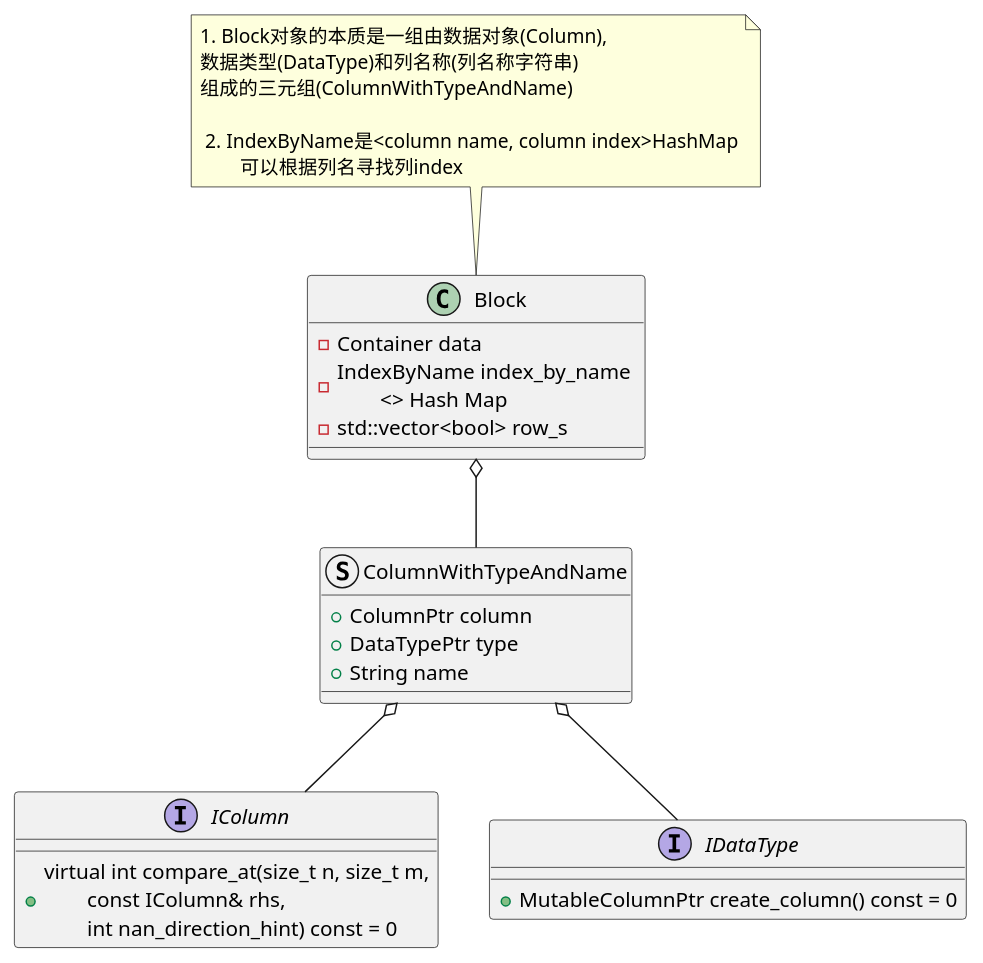
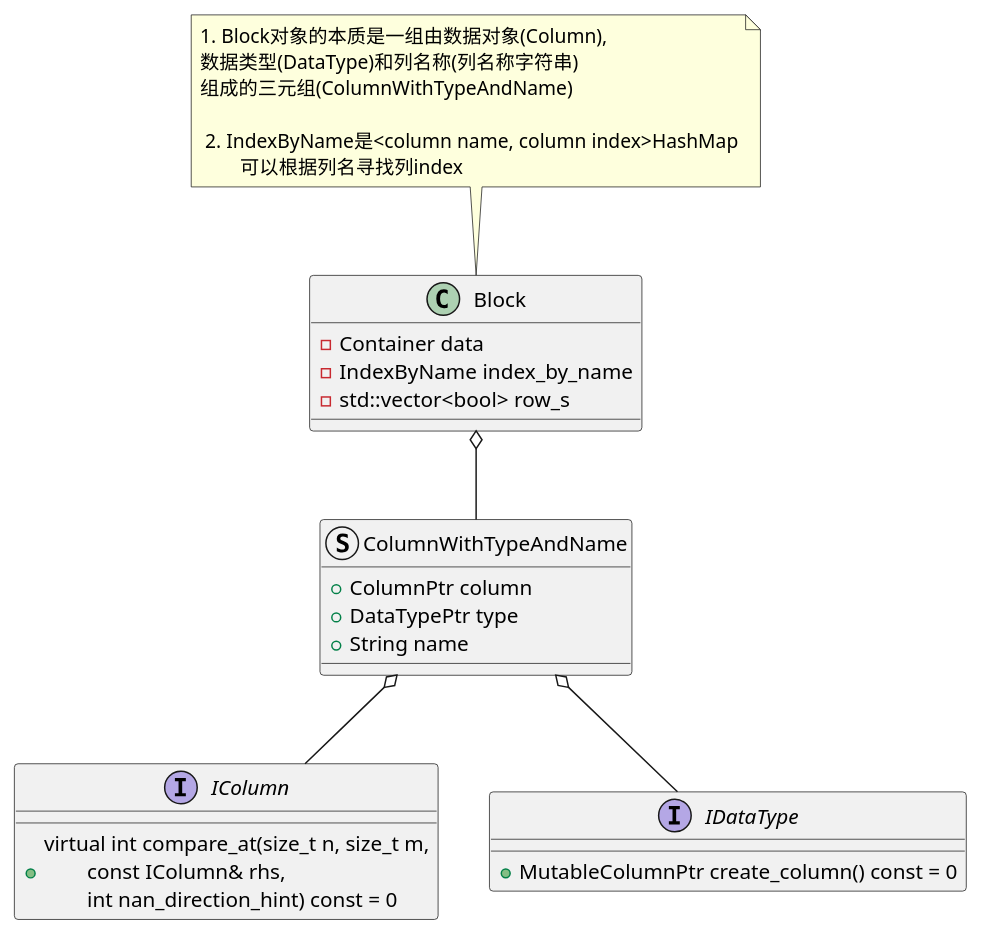
One commit to DepInjoy/geektime changed the first of 3 diagrams in doc/DB/Doris/SourceRead/11_06_Exec_Block.md. Above: the diagram before and after it, drawn with PlantUML. The commit also changed 3 other files, not shown here.

````diff
--- a/doc/DB/Doris/SourceRead/11_06_Exec_Block.md
+++ b/doc/DB/Doris/SourceRead/11_06_Exec_Block.md
@@ -8,28 +8,28 @@
 ```plantuml
 @startuml
 class Block {
     - Container data
-    - IndexByName index_by_name \n\t<> Hash Map
+    - IndexByName index_by_name
     - std::vector<bool> row_s
 }
 note top : 1. Block对象的本质是一组由数据对象(Column), \n数据类型(DataType)和列名称(列名称字符串)\n组成的三元组(ColumnWithTypeAndName)\n\n 2. IndexByName是<column name, column index>HashMap\n\t可以根据列名寻找列index
 
 struct ColumnWithTypeAndName {
     + ColumnPtr column
     + DataTypePtr type
     + String name
 }
 
 interface IColumn {
     + virtual int compare_at(size_t n, size_t m,\n\tconst IColumn& rhs,\n\tint nan_direction_hint) const = 0
 }
 
 interface IDataType {
     + MutableColumnPtr create_column() const = 0
 }
 
 ColumnWithTypeAndName -up-o Block
 IColumn -up-o ColumnWithTypeAndName
 IDataType -up-o ColumnWithTypeAndName
 @enduml
 ```
````
